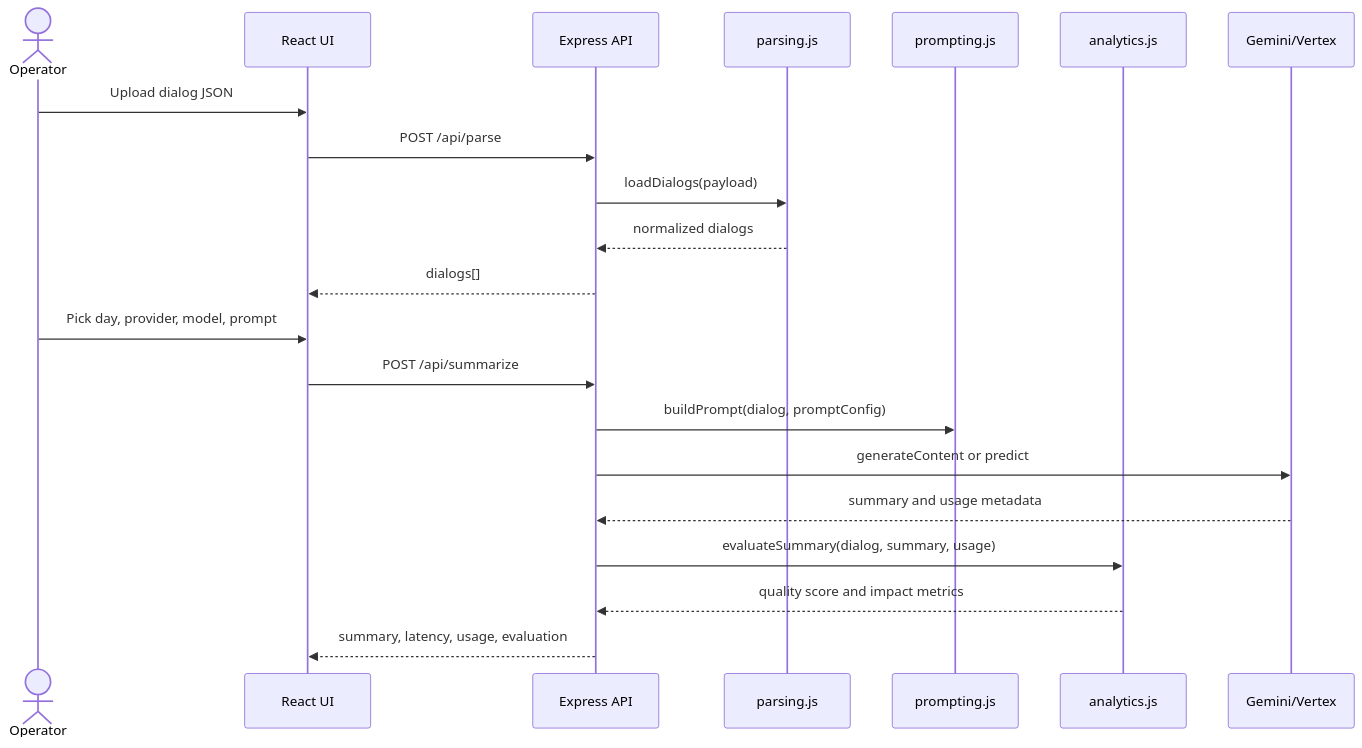
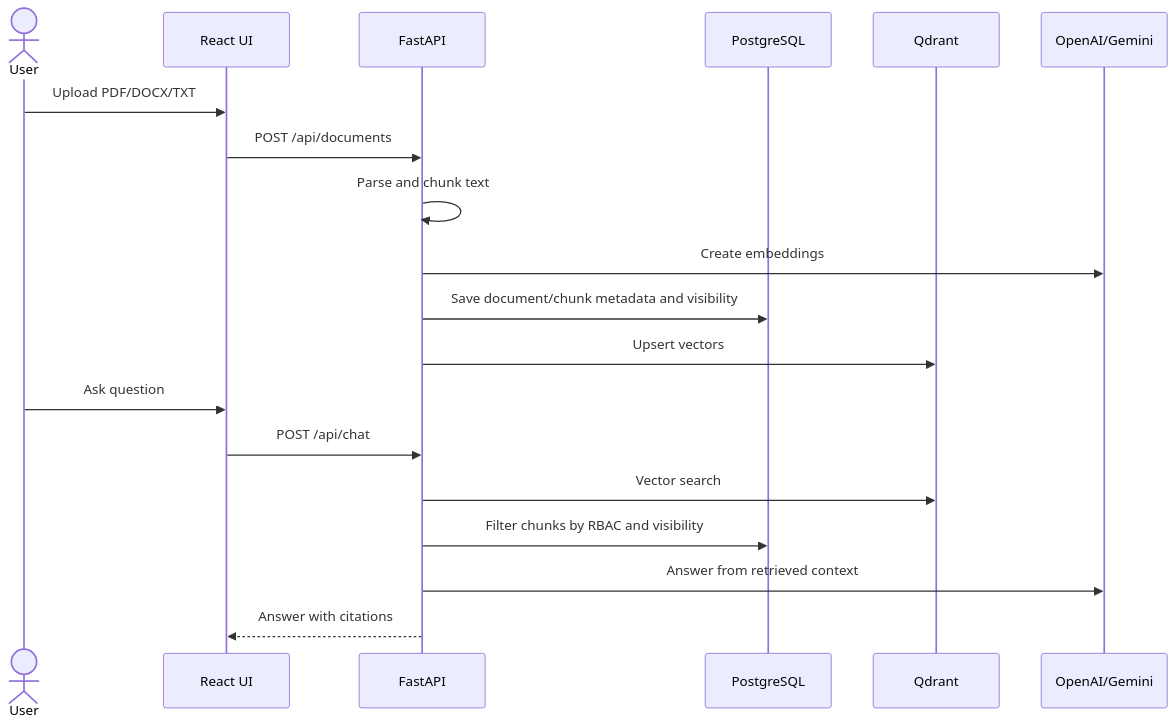
The diagram in README.md (infisble/testAndteachmodelForSummary), drawn with Mermaid before and after one commit. The commit also changed other lines of this file and 4 other files, not shown here.

Commit message:
Document enterprise RAG architecture and operations

````diff
--- a/README.md
+++ b/README.md
@@ -66,24 +48,22 @@
 ```mermaid
 sequenceDiagram
-  actor Operator
+  actor User
   participant UI as React UI
-  participant API as Express API
-  participant Parser as parsing.js
-  participant Prompt as prompting.js
-  participant Eval as analytics.js
-  participant LLM as Gemini/Vertex
+  participant API as FastAPI
+  participant PG as PostgreSQL
+  participant Q as Qdrant
+  participant LLM as OpenAI/Gemini
 
-  Operator->>UI: Upload dialog JSON
-  UI->>API: POST /api/parse
-  API->>Parser: loadDialogs(payload)
-  Parser-->>API: normalized dialogs
-  API-->>UI: dialogs[]
-  Operator->>UI: Pick day, provider, model, prompt
-  UI->>API: POST /api/summarize
-  API->>Prompt: buildPrompt(dialog, promptConfig)
-  API->>LLM: generateContent or predict
-  LLM-->>API: summary and usage metadata
-  API->>Eval: evaluateSummary(dialog, summary, usage)
-  Eval-->>API: quality score and impact metrics
-  API-->>UI: summary, latency, usage, evaluation
+  User->>UI: Upload PDF/DOCX/TXT
+  UI->>API: POST /api/documents
+  API->>API: Parse and chunk text
+  API->>LLM: Create embeddings
+  API->>PG: Save document/chunk metadata and visibility
+  API->>Q: Upsert vectors
+  User->>UI: Ask question
+  UI->>API: POST /api/chat
+  API->>Q: Vector search
+  API->>PG: Filter chunks by RBAC and visibility
+  API->>LLM: Answer from retrieved context
+  API-->>UI: Answer with citations
 ```
````
